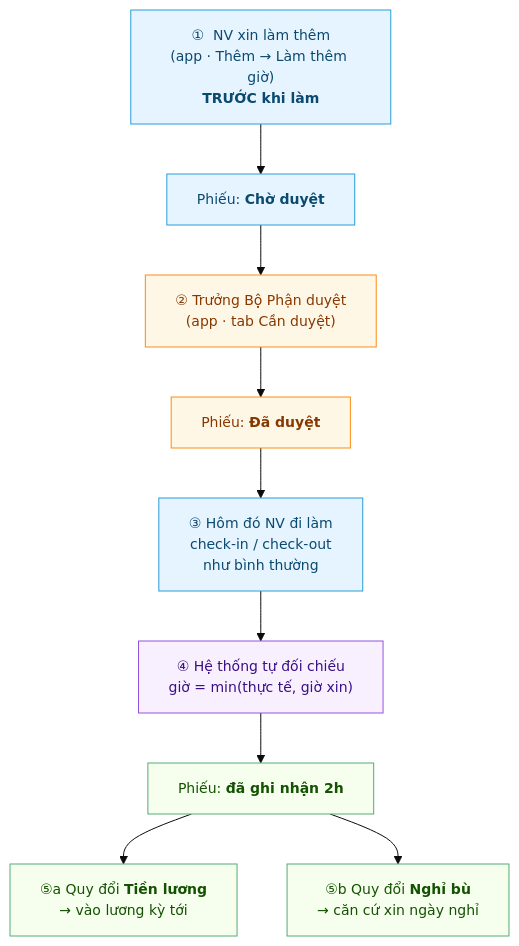
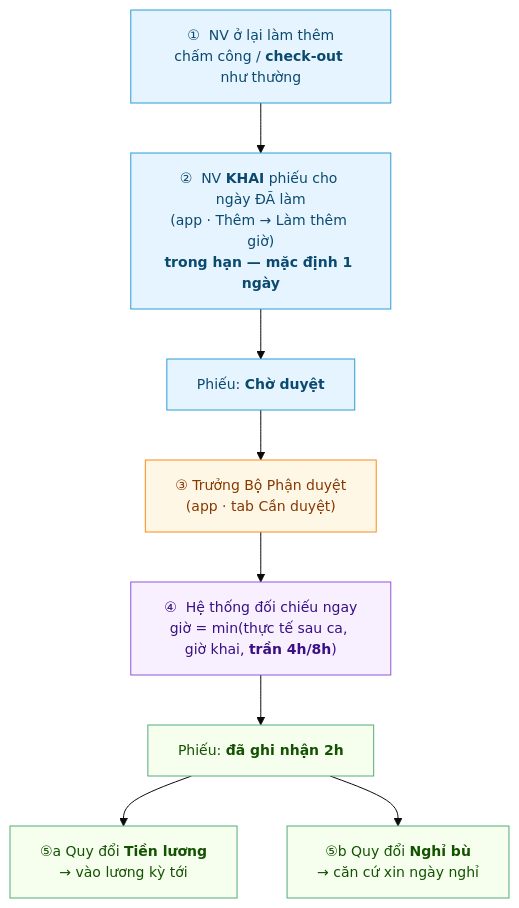
One commit to CobeGroup/cobe_erp_documents changed the diagram in users/Hanh-Trinh-OT.md. Above: the diagram before and after it, drawn with Mermaid. The commit also changed other lines of this file and 30 other files, not shown here.

````diff
--- a/users/Hanh-Trinh-OT.md
+++ b/users/Hanh-Trinh-OT.md
@@ -31,20 +32,19 @@
 ```mermaid
 %%{init:{'theme':'base','themeVariables':{'fontSize':'14px'}}}%%
 flowchart TB
   classDef nv fill:#e6f4ff,stroke:#299dd8,color:#0b4a6f;
   classDef mg fill:#fff7e6,stroke:#fa8c16,color:#873800;
   classDef sys fill:#f9f0ff,stroke:#9254de,color:#391085;
   classDef ok fill:#f6ffed,stroke:#54ab78,color:#135200;
-  A["①  NV xin làm thêm<br/>(app · Thêm → Làm thêm giờ)<br/><b>TRƯỚC khi làm</b>"]:::nv
-  B["Phiếu: <b>Chờ duyệt</b>"]:::nv
-  C["②  Trưởng Bộ Phận duyệt<br/>(app · tab Cần duyệt)"]:::mg
-  D["Phiếu: <b>Đã duyệt</b>"]:::mg
-  E["③  Hôm đó NV đi làm<br/>check-in / check-out<br/>như bình thường"]:::nv
-  F["④  Hệ thống tự đối chiếu<br/>giờ = min(thực tế, giờ xin)"]:::sys
-  G["Phiếu: <b>đã ghi nhận 2h</b>"]:::ok
-  H["⑤a  Quy đổi <b>Tiền lương</b><br/>→ vào lương kỳ tới"]:::ok
-  I["⑤b  Quy đổi <b>Nghỉ bù</b><br/>→ căn cứ xin ngày nghỉ"]:::ok
-  A --> B --> C --> D --> E --> F --> G
-  G --> H
-  G --> I
+  A["①  NV ở lại làm thêm<br/>chấm công / <b>check-out</b> như thường"]:::nv
+  B["②  NV <b>KHAI</b> phiếu cho ngày ĐÃ làm<br/>(app · Thêm → Làm thêm giờ)<br/><b>trong hạn — mặc định 1 ngày</b>"]:::nv
+  C["Phiếu: <b>Chờ duyệt</b>"]:::nv
+  D["③  Trưởng Bộ Phận duyệt<br/>(app · tab Cần duyệt)"]:::mg
+  E["④  Hệ thống đối chiếu ngay<br/>giờ = min(thực tế sau ca, giờ khai, <b>trần 4h/8h</b>)"]:::sys
+  F["Phiếu: <b>đã ghi nhận 2h</b>"]:::ok
+  G["⑤a  Quy đổi <b>Tiền lương</b><br/>→ vào lương kỳ tới"]:::ok
+  H["⑤b  Quy đổi <b>Nghỉ bù</b><br/>→ căn cứ xin ngày nghỉ"]:::ok
+  A --> B --> C --> D --> E --> F
+  F --> G
+  F --> H
 ```
````
